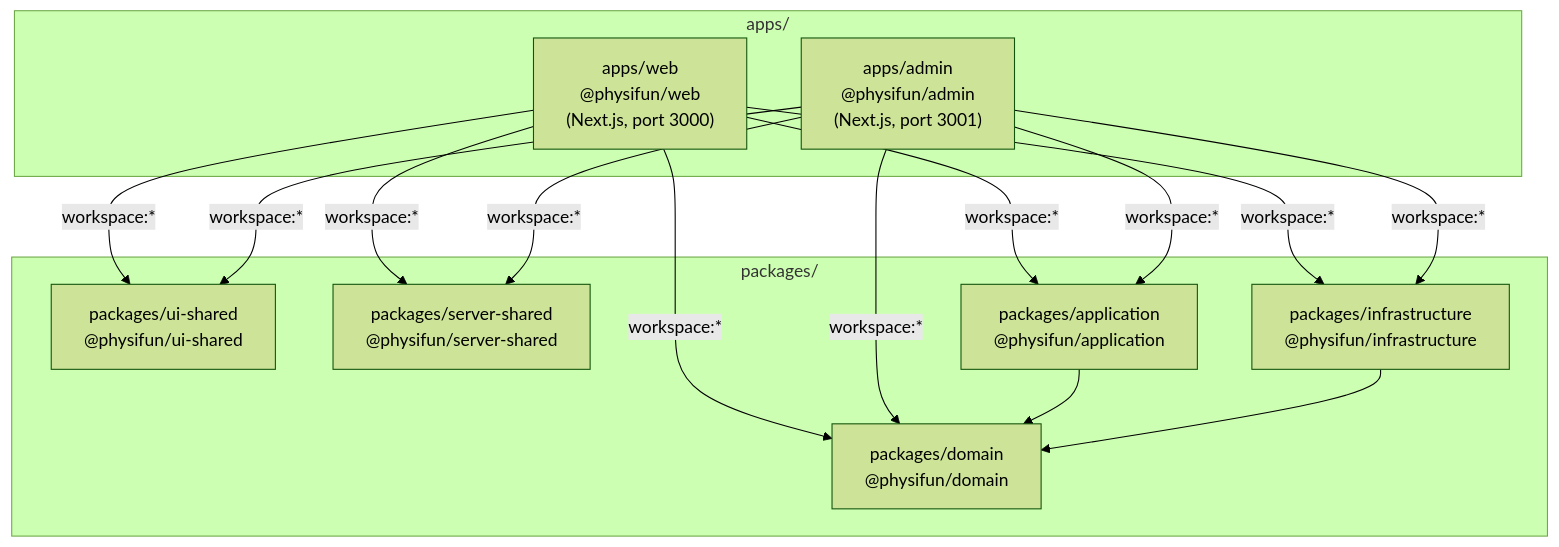
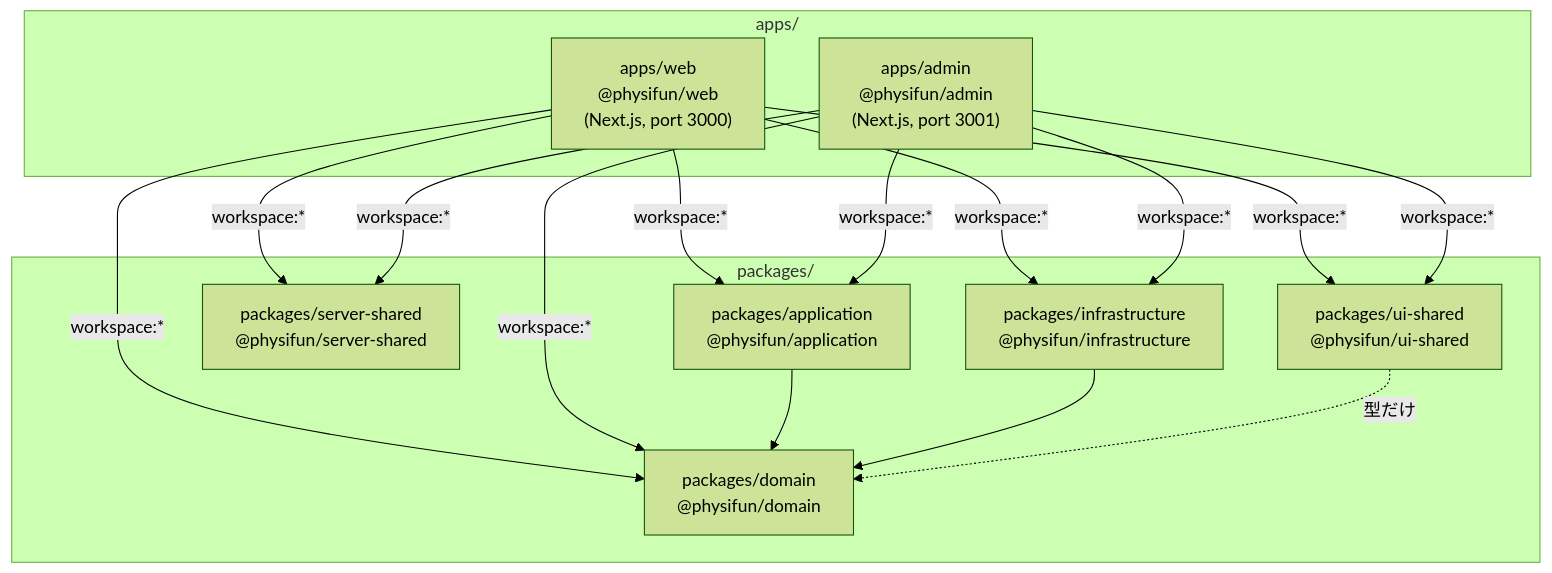
Before and after one commit to Physicalfunding/PhysiFun: the third of 8 diagrams in docs/specs/01_system-architecture.md, drawn with Mermaid (forest theme). The commit also changed other lines of this file and 1 other file, not shown here.

````diff
--- a/docs/specs/01_system-architecture.md
+++ b/docs/specs/01_system-architecture.md
@@ -149,28 +149,29 @@
 ```mermaid
 flowchart TB
     subgraph Apps["apps/"]
         Web["apps/web<br/>@physifun/web<br/>(Next.js, port 3000)"]
         Admin["apps/admin<br/>@physifun/admin<br/>(Next.js, port 3001)"]
     end
 
     subgraph Packages["packages/"]
         UIShared["packages/ui-shared<br/>@physifun/ui-shared"]
         ServerShared["packages/server-shared<br/>@physifun/server-shared"]
         Application["packages/application<br/>@physifun/application"]
         Infrastructure["packages/infrastructure<br/>@physifun/infrastructure"]
         Domain["packages/domain<br/>@physifun/domain"]
     end
 
     Web -->|workspace:*| UIShared
     Web -->|workspace:*| ServerShared
     Web -->|workspace:*| Application
     Web -->|workspace:*| Infrastructure
     Web -->|workspace:*| Domain
     Admin -->|workspace:*| UIShared
     Admin -->|workspace:*| ServerShared
     Admin -->|workspace:*| Application
     Admin -->|workspace:*| Infrastructure
     Admin -->|workspace:*| Domain
     Application --> Domain
     Infrastructure --> Domain
+    UIShared -.->|型だけ| Domain
 ```
````
